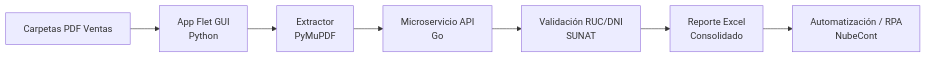
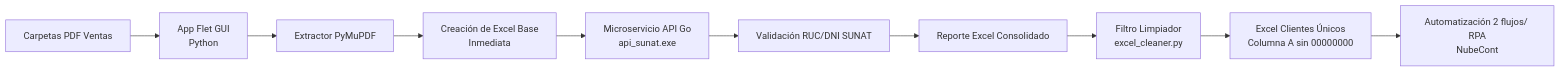
One commit to yassppy/nubecont-automatizacion changed the diagram in README.md. Above: the diagram before and after it, drawn with Mermaid. The commit also changed other lines of this file and 11 other files, not shown here.

````diff
--- a/README.md
+++ b/README.md
@@ -116,9 +118,12 @@
 ```mermaid
 graph LR
     A[Carpetas PDF Ventas] --> B[App Flet GUI<br/>Python]
-    B --> C[Extractor<br/>PyMuPDF]
-    C --> D[Microservicio API<br/>Go]
-    D --> E[Validación RUC/DNI<br/>SUNAT]
-    E --> F[Reporte Excel<br/>Consolidado]
-    F --> G[Automatización / RPA<br/>NubeCont]
+    B --> C[Extractor PyMuPDF]
+    C --> D[Creación de Excel Base<br/>Inmediata]
+    D --> E[Microservicio API Go<br/>api_sunat.exe]
+    E --> F[Validación RUC/DNI SUNAT]
+    F --> G[Reporte Excel Consolidado]
+    G --> H[Filtro Limpiador<br/>excel_cleaner.py]
+    H --> I[Excel Clientes Únicos<br/>Columna A sin 00000000]
+    I --> J[Automatización 2 flujos/ RPA<br/>NubeCont]
 ```
````
